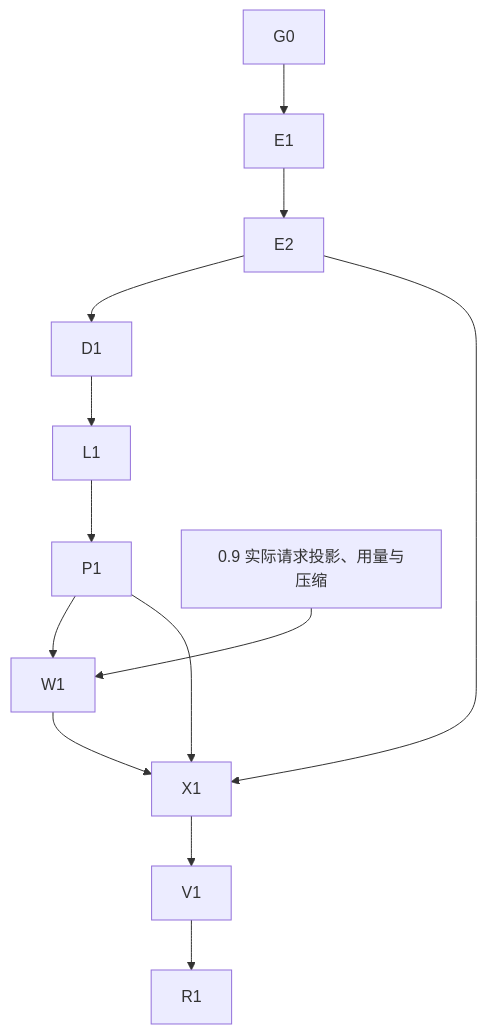
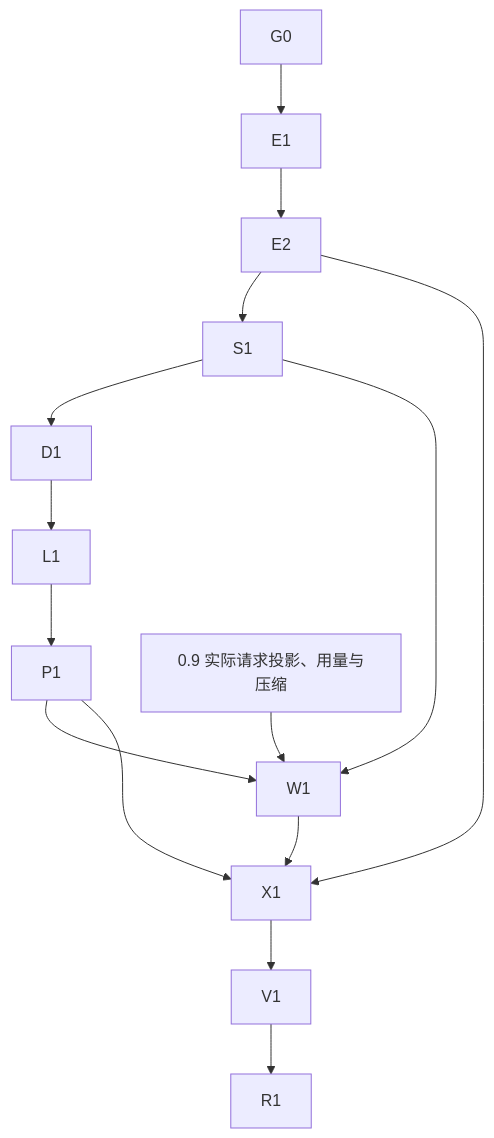
Before and after one commit to plankton12138/ClueLedger: the diagram in dev-notes/v1.1/development-plan.md, drawn with Mermaid. The commit also changed other lines of this file and 7 other files, not shown here.

````diff
--- a/dev-notes/v1.1/development-plan.md
+++ b/dev-notes/v1.1/development-plan.md
@@ -180,7 +206,8 @@
 ```mermaid
 flowchart TD
-    G0 --> E1 --> E2 --> D1 --> L1 --> P1 --> W1 --> X1 --> V1 --> R1
+    G0 --> E1 --> E2 --> S1 --> D1 --> L1 --> P1 --> W1 --> X1 --> V1 --> R1
     C[0.9 实际请求投影、用量与压缩] --> W1
     E2 --> X1
+    S1 --> W1
     P1 --> X1
 ```
````
